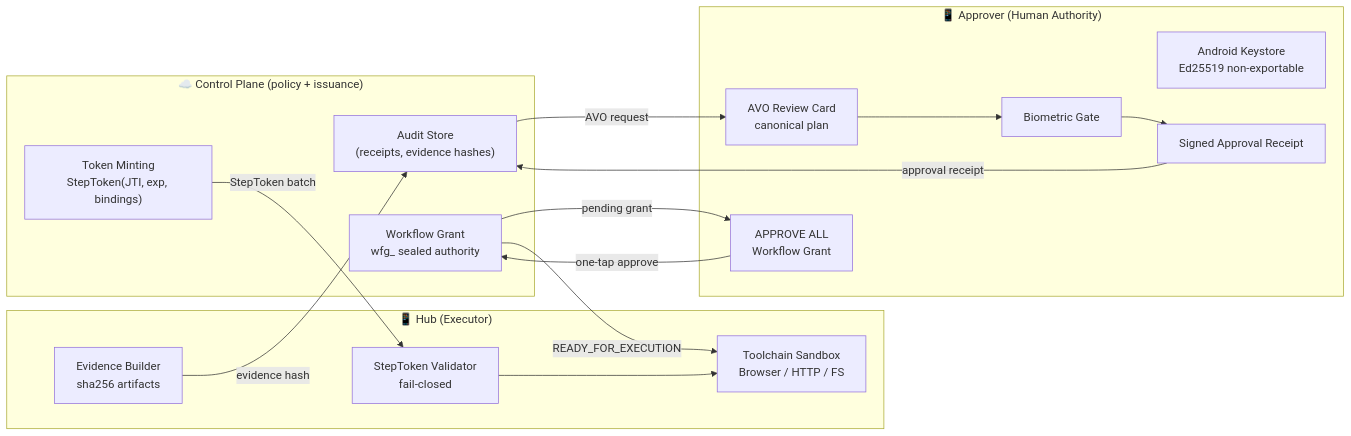
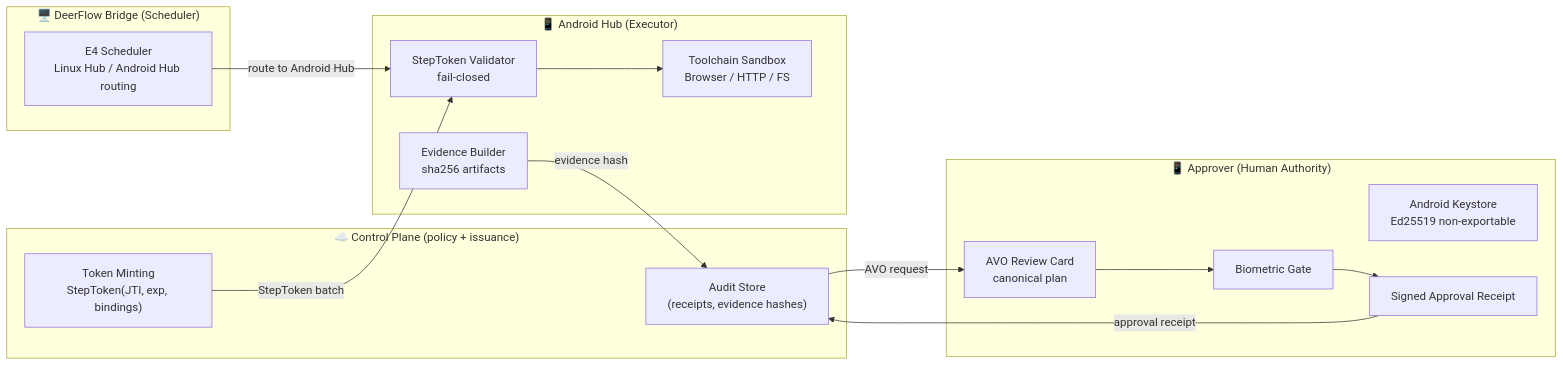
Before and after one commit to IkaRiche/kilu-pocket-agent: the diagram in README.md, drawn with Mermaid. The commit also changed other lines of this file, not shown here.

````diff
--- a/README.md
+++ b/README.md
@@ -106,31 +116,31 @@
 ```mermaid
 flowchart LR
   subgraph Cloud["☁️ Control Plane (policy + issuance)"]
     P1["Token Minting\nStepToken(JTI, exp, bindings)"]
     P2["Audit Store\n(receipts, evidence hashes)"]
-    P3["Workflow Grant\nwfg_ sealed authority"]
   end
 
-  subgraph Hub["📱 Hub (Executor)"]
+  subgraph Hub["📱 Android Hub (Executor)"]
     H1["Toolchain Sandbox\nBrowser / HTTP / FS"]
     H2["StepToken Validator\nfail-closed"]
     H3["Evidence Builder\nsha256 artifacts"]
   end
 
   subgraph Approver["📱 Approver (Human Authority)"]
     A1["Android Keystore\nEd25519 non-exportable"]
     A2["Biometric Gate"]
     A3["AVO Review Card\ncanonical plan"]
     A4["Signed Approval Receipt"]
-    A5["APPROVE ALL\nWorkflow Grant"]
   end
 
+  subgraph Bridge["🖥️ DeerFlow Bridge (Scheduler)"]
+    S1["E4 Scheduler\nLinux Hub / Android Hub routing"]
+  end
+
+  S1 -->|route to Android Hub| H2
   P1 -->|StepToken batch| H2
   H2 --> H1
   H3 -->|evidence hash| P2
   P2 -->|AVO request| A3
   A3 --> A2 --> A4 -->|approval receipt| P2
-  P3 -->|pending grant| A5
-  A5 -->|one-tap approve| P3
-  P3 -->|READY_FOR_EXECUTION| H1
 ```
````
